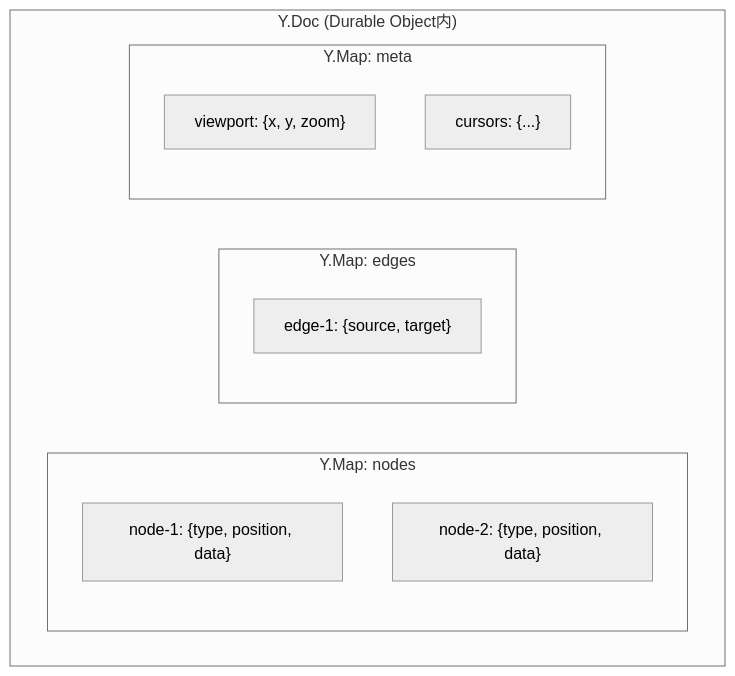
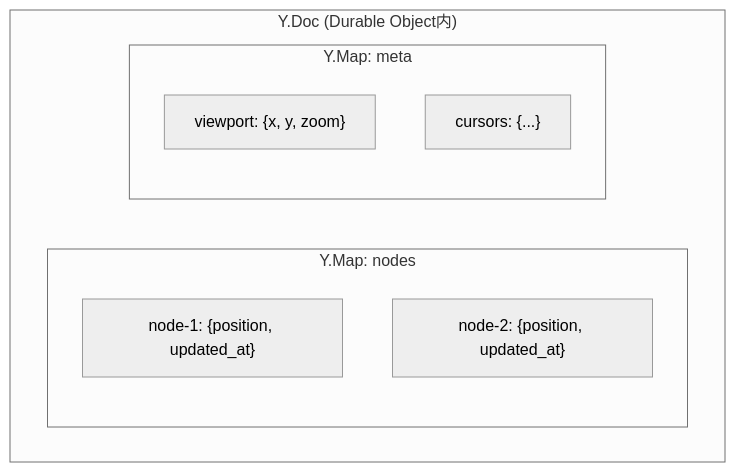
One commit to wtnqk/think-graph changed the third of 5 diagrams in docs/03-data-model.md. Above: the diagram before and after it, drawn with Mermaid (neutral theme). The commit also changed other lines of this file and 1 other file, not shown here.

````diff
--- a/docs/03-data-model.md
+++ b/docs/03-data-model.md
@@ -66,18 +102,14 @@
 ```mermaid
 graph TB
     subgraph "Y.Doc (Durable Object内)"
         subgraph "Y.Map: nodes"
-            N1["node-1: {type, position, data}"]
-            N2["node-2: {type, position, data}"]
-        end
-
-        subgraph "Y.Map: edges"
-            E1["edge-1: {source, target}"]
+            N1["node-1: {position, updated_at}"]
+            N2["node-2: {position, updated_at}"]
         end
 
         subgraph "Y.Map: meta"
             M1["viewport: {x, y, zoom}"]
             M2["cursors: {...}"]
         end
     end
 ```
````
